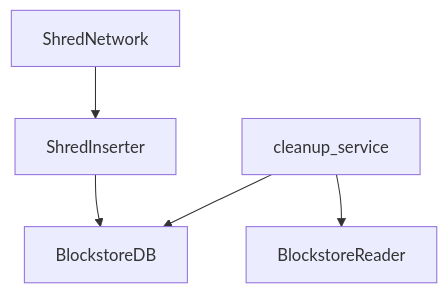
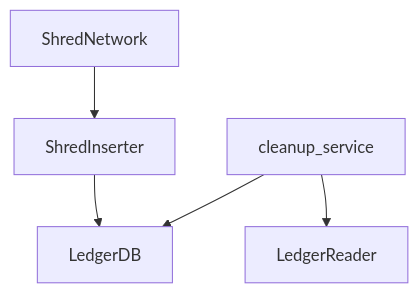
Before and after one commit to Syndica/sig: the diagram in docs/docusaurus/docs/code/ledger.md, drawn with Mermaid. The commit also changed other lines of this file and 30 other files, not shown here.

First line of the commit message:
refactor(ledger): rename blockstore to ledger (#859)

````diff
--- a/docs/docusaurus/docs/code/ledger.md
+++ b/docs/docusaurus/docs/code/ledger.md
@@ -72,7 +72,7 @@
 ```mermaid
 graph TD
     A[ShredNetwork] --> B[ShredInserter]
-    B --> C[BlockstoreDB]
+    B --> C[LedgerDB]
     D[cleanup_service] --> C
-    D --> E[BlockstoreReader]
+    D --> E[LedgerReader]
 ```
````
